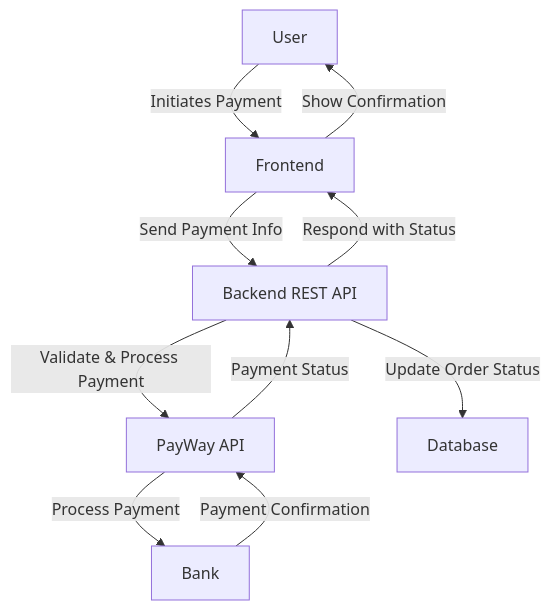
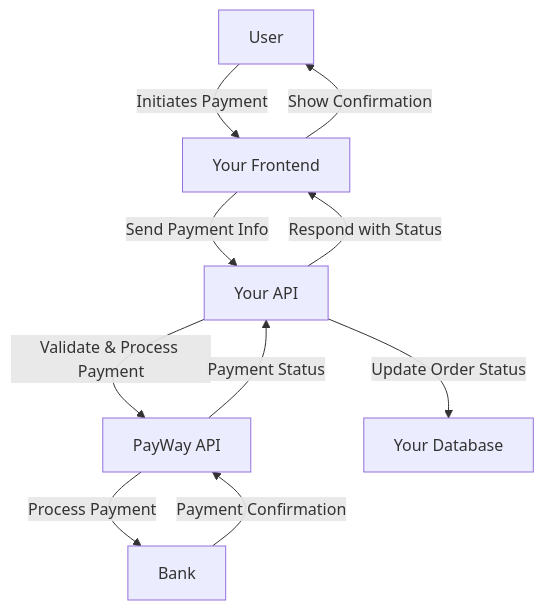
Before and after one commit to whitefoxcloud/payway-integration-poc: the diagram in articles/integrating-payway-into-your-app.md, drawn with Mermaid. The commit also changed other lines of this file and 2 other files, not shown here.

````diff
--- a/articles/integrating-payway-into-your-app.md
+++ b/articles/integrating-payway-into-your-app.md
@@ -41,12 +41,12 @@
 ```mermaid
 graph TD
-    A[User] -->|Initiates Payment| B[Frontend]
-    B -->|Send Payment Info| C[Backend REST API]
+    A[User] -->|Initiates Payment| B[Your Frontend]
+    B -->|Send Payment Info| C[Your API]
     C -->|Validate & Process Payment| D[PayWay API]
     D -->|Process Payment| E[Bank]
     E -->|Payment Confirmation| D
     D -->|Payment Status| C
-    C -->|Update Order Status| F[Database]
+    C -->|Update Order Status| F[Your Database]
     C -->|Respond with Status| B
     B -->|Show Confirmation| A
 ```
````
